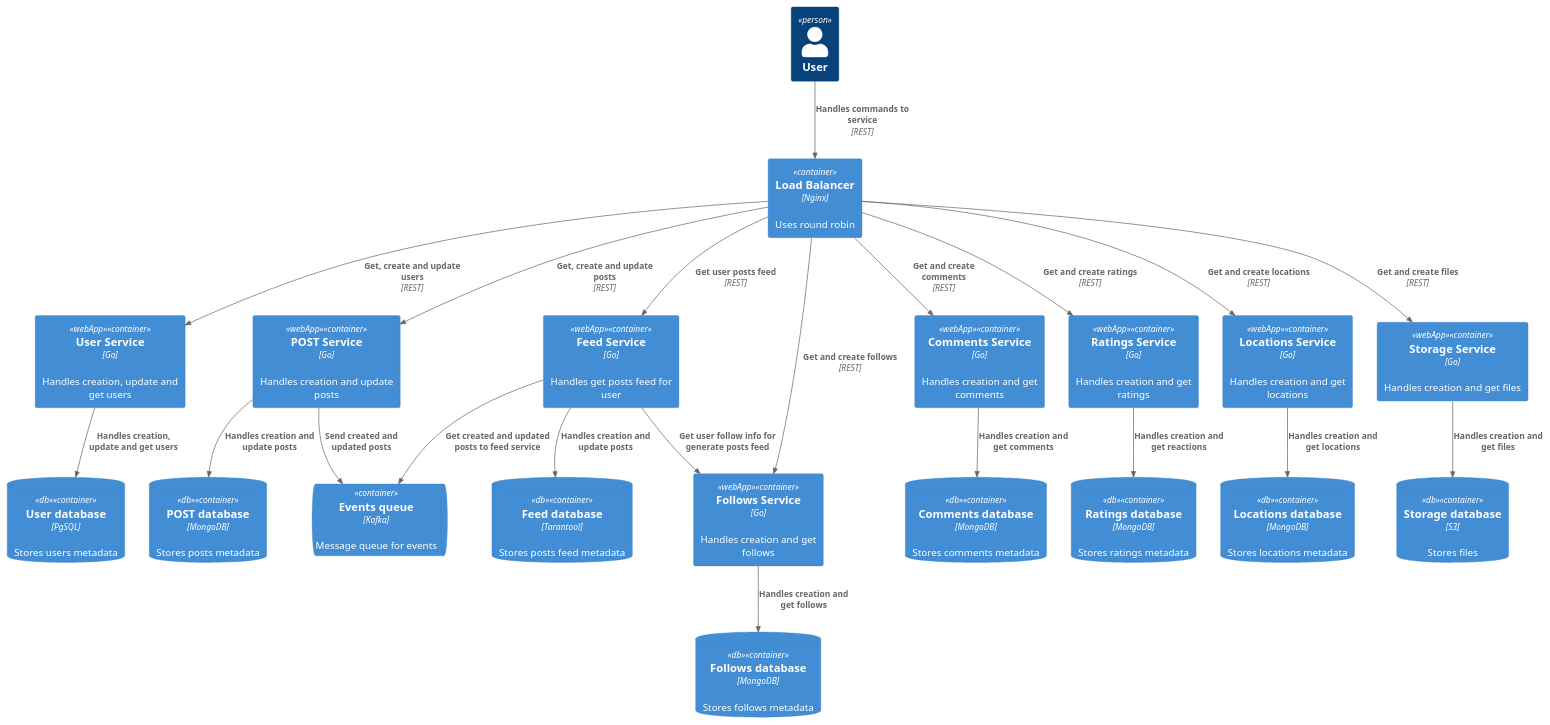
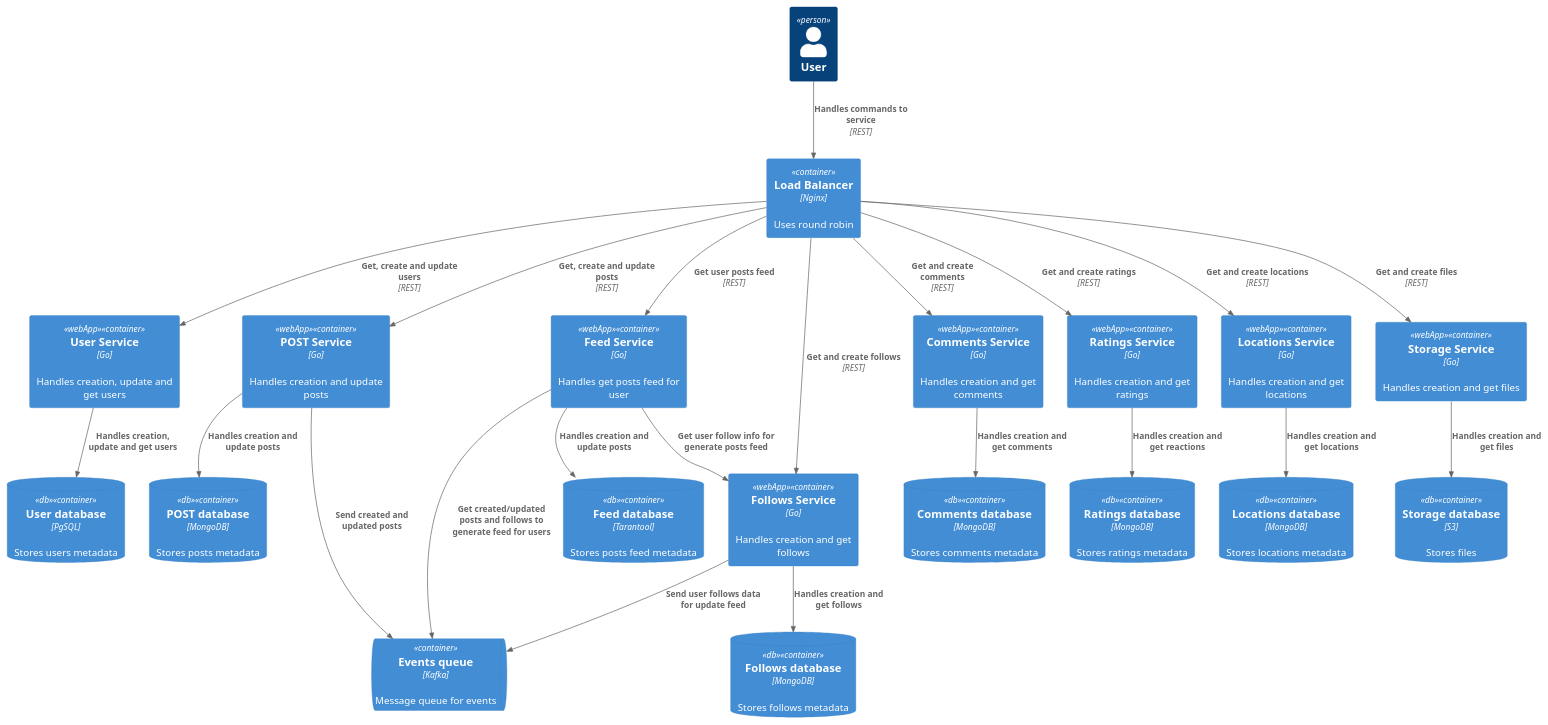
One commit to Nixonxp/social_network_system_design changed the diagram in architecture/context.puml. Above: the diagram before and after it, drawn with PlantUML. The commit also changed 1 other file, not shown here.

```diff
--- a/architecture/context.puml
+++ b/architecture/context.puml
@@ -1,54 +1,55 @@
 @startuml
 !include https://raw.githubusercontent.com/plantuml-stdlib/C4-PlantUML/master/C4_Container.puml
 
 Person(user, "User")
 Container(loadBalancer, "Load Balancer", "Nginx", "Uses round robin")
 ContainerQueue(messageQueue, "Events queue", "Kafka", "Message queue for events")
 
 Container(userService, "User Service", "Go", "Handles creation, update and get users", $tags="webApp")
 ContainerDb(userDatabase, "User database", "PgSQL", "Stores users metadata",  $tags="db")
 
 Container(postService, "POST Service", "Go", "Handles creation and update posts", $tags="webApp")
 ContainerDb(postDatabase, "POST database", "MongoDB", "Stores posts metadata",  $tags="db")
 
 Container(feedService, "Feed Service", "Go", "Handles get posts feed for user", $tags="webApp")
 ContainerDb(feedDatabase, "Feed database", "Tarantool", "Stores posts feed metadata",  $tags="db")
 
 Container(commentsService, "Comments Service", "Go", "Handles creation and get comments", $tags="webApp")
 ContainerDb(commentsDatabase, "Comments database", "MongoDB", "Stores comments metadata",  $tags="db")
 
 Container(ratingsService, "Ratings Service", "Go", "Handles creation and get ratings", $tags="webApp")
 ContainerDb(ratingsDatabase, "Ratings database", "MongoDB", "Stores ratings metadata",  $tags="db")
 
 Container(locationsService, "Locations Service", "Go", "Handles creation and get locations", $tags="webApp")
 ContainerDb(locationsDatabase, "Locations database", "MongoDB", "Stores locations metadata",  $tags="db")
 
 Container(followsService, "Follows Service", "Go", "Handles creation and get follows", $tags="webApp")
 ContainerDb(followsDatabase, "Follows database", "MongoDB", "Stores follows metadata",  $tags="db")
 
 Container(storageService, "Storage Service", "Go", "Handles creation and get files", $tags="webApp")
 ContainerDb(storageDatabase, "Storage database", "S3", "Stores files",  $tags="db")
 
 Rel(user, loadBalancer, "Handles commands to service", "REST")
 
 Rel(loadBalancer, userService, "Get, create and update users", "REST")
 Rel(loadBalancer, postService, "Get, create and update posts", "REST")
 Rel(loadBalancer, commentsService, "Get and create comments", "REST")
 Rel(loadBalancer, ratingsService, "Get and create ratings", "REST")
 Rel(loadBalancer, locationsService, "Get and create locations", "REST")
 Rel(loadBalancer, followsService, "Get and create follows", "REST")
 Rel(loadBalancer, storageService, "Get and create files", "REST")
 Rel(loadBalancer, feedService, "Get user posts feed", "REST")
 
 Rel(userService, userDatabase, "Handles creation, update and get users")
 Rel(postService, messageQueue, "Send created and updated posts")
 Rel(postService, postDatabase, "Handles creation and update posts")
 Rel(feedService, feedDatabase, "Handles creation and update posts")
-Rel(feedService, messageQueue, "Get created and updated posts to feed service")
+Rel(feedService, messageQueue, "Get created/updated posts and follows to generate feed for users")
 Rel(feedService, followsService, "Get user follow info for generate posts feed")
 Rel(commentsService, commentsDatabase, "Handles creation and get comments")
 Rel(ratingsService, ratingsDatabase, "Handles creation and get reactions")
 Rel(locationsService, locationsDatabase, "Handles creation and get locations")
 Rel(followsService, followsDatabase, "Handles creation and get follows")
 Rel(storageService, storageDatabase, "Handles creation and get files")
+Rel(followsService, messageQueue, "Send user follows data for update feed")
 @enduml
```
